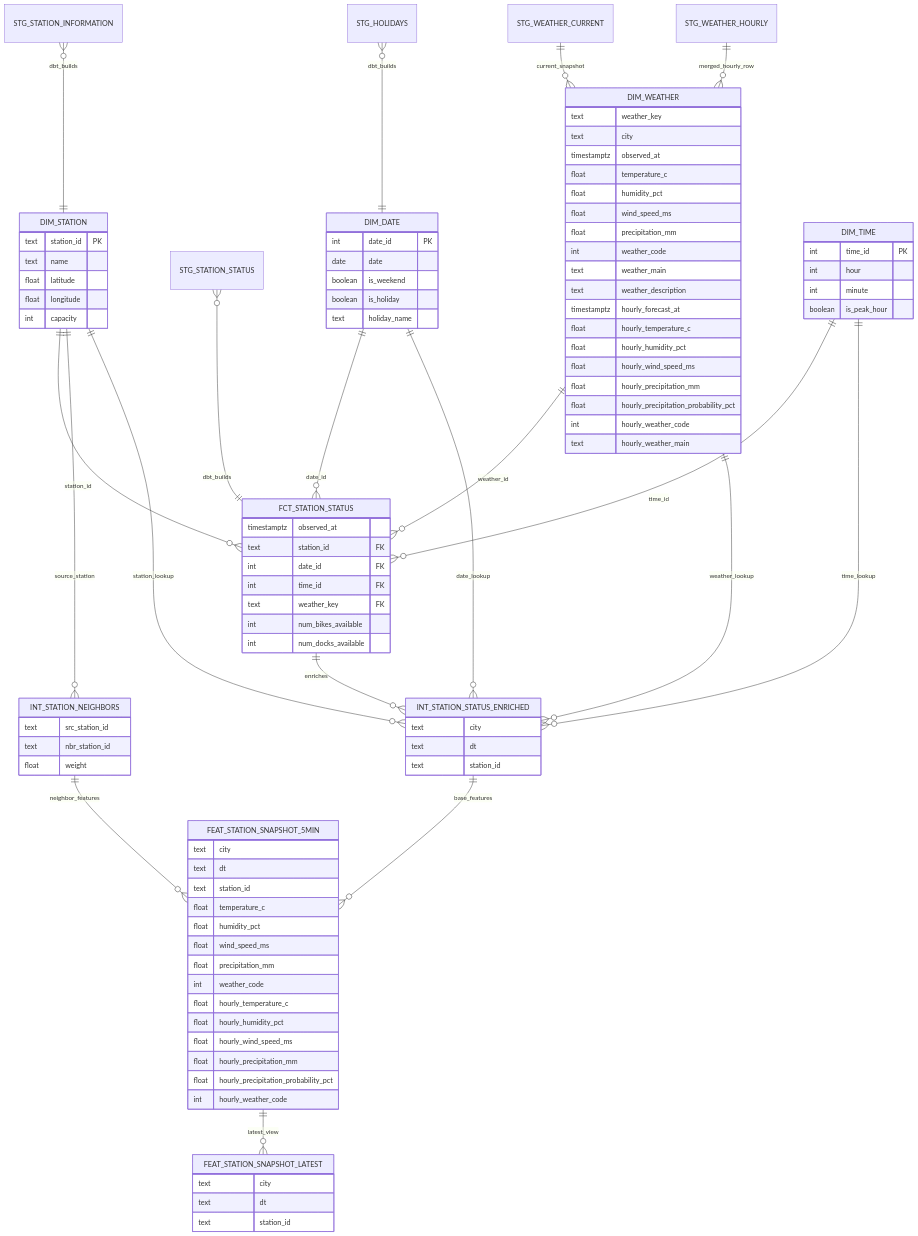
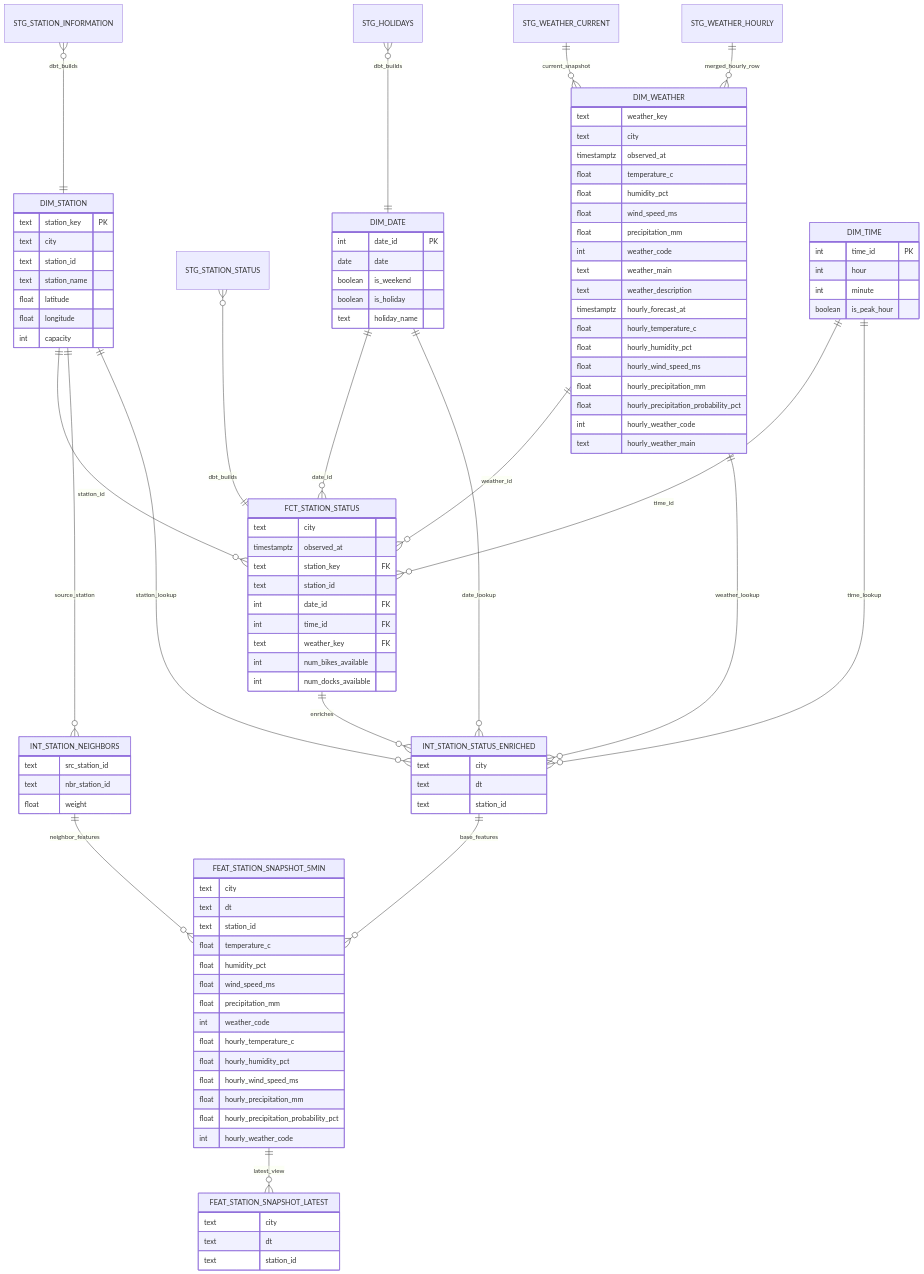
The diagram in docs/diagrams/day3_star_schema.mmd (cchoooots98/mlops-bikeshare), drawn with Mermaid before and after one commit. The commit also changed 9 other files, not shown here.

Commit message:
add 'city' into all the station pipeline

```diff
--- a/docs/diagrams/day3_star_schema.mmd
+++ b/docs/diagrams/day3_star_schema.mmd
@@ -1,113 +1,117 @@
 %% Current implemented: stg_* + dim_weather + dim_date
 %% Planned next: dim_station, dim_time, fct_station_status, intermediate, features
 erDiagram
     STG_STATION_INFORMATION }o--|| DIM_STATION : dbt_builds
     STG_STATION_STATUS }o--|| FCT_STATION_STATUS : dbt_builds
     STG_HOLIDAYS }o--|| DIM_DATE : dbt_builds
     STG_WEATHER_CURRENT ||--o{ DIM_WEATHER : current_snapshot
     STG_WEATHER_HOURLY ||--o{ DIM_WEATHER : merged_hourly_row
 
     DIM_STATION ||--o{ FCT_STATION_STATUS : station_id
     DIM_DATE ||--o{ FCT_STATION_STATUS : date_id
     DIM_TIME ||--o{ FCT_STATION_STATUS : time_id
     DIM_WEATHER ||--o{ FCT_STATION_STATUS : weather_id
 
     DIM_STATION ||--o{ INT_STATION_NEIGHBORS : source_station
     DIM_STATION ||--o{ INT_STATION_STATUS_ENRICHED : station_lookup
     DIM_DATE ||--o{ INT_STATION_STATUS_ENRICHED : date_lookup
     DIM_TIME ||--o{ INT_STATION_STATUS_ENRICHED : time_lookup
     DIM_WEATHER ||--o{ INT_STATION_STATUS_ENRICHED : weather_lookup
     FCT_STATION_STATUS ||--o{ INT_STATION_STATUS_ENRICHED : enriches
 
     INT_STATION_NEIGHBORS ||--o{ FEAT_STATION_SNAPSHOT_5MIN : neighbor_features
     INT_STATION_STATUS_ENRICHED ||--o{ FEAT_STATION_SNAPSHOT_5MIN : base_features
     FEAT_STATION_SNAPSHOT_5MIN ||--o{ FEAT_STATION_SNAPSHOT_LATEST : latest_view
 
     DIM_STATION {
-        text station_id PK
-        text name
+        text station_key PK
+        text city
+        text station_id
+        text station_name
         float latitude
         float longitude
         int capacity
     }
 
     DIM_DATE {
         int date_id PK
         date date
         boolean is_weekend
         boolean is_holiday
         text holiday_name
     }
 
     DIM_TIME {
         int time_id PK
         int hour
         int minute
         boolean is_peak_hour
     }
 
     DIM_WEATHER {
         text weather_key
         text city
         timestamptz observed_at
         float temperature_c
         float humidity_pct
         float wind_speed_ms
         float precipitation_mm
         int weather_code
         text weather_main
         text weather_description
         timestamptz hourly_forecast_at
         float hourly_temperature_c
         float hourly_humidity_pct
         float hourly_wind_speed_ms
         float hourly_precipitation_mm
         float hourly_precipitation_probability_pct
         int hourly_weather_code
         text hourly_weather_main
     }
 
     FCT_STATION_STATUS {
+        text city
         timestamptz observed_at
-        text station_id FK
+        text station_key FK
+        text station_id
         int date_id FK
         int time_id FK
         text weather_key FK
         int num_bikes_available
         int num_docks_available
     }
 
     INT_STATION_NEIGHBORS {
         text src_station_id
         text nbr_station_id
         float weight
     }
 
     INT_STATION_STATUS_ENRICHED {
         text city
         text dt
         text station_id
     }
 
     FEAT_STATION_SNAPSHOT_5MIN {
         text city
         text dt
         text station_id
         float temperature_c
         float humidity_pct
         float wind_speed_ms
         float precipitation_mm
         int weather_code
         float hourly_temperature_c
         float hourly_humidity_pct
         float hourly_wind_speed_ms
         float hourly_precipitation_mm
         float hourly_precipitation_probability_pct
         int hourly_weather_code
     }
 
     FEAT_STATION_SNAPSHOT_LATEST {
         text city
         text dt
         text station_id
     }
```
